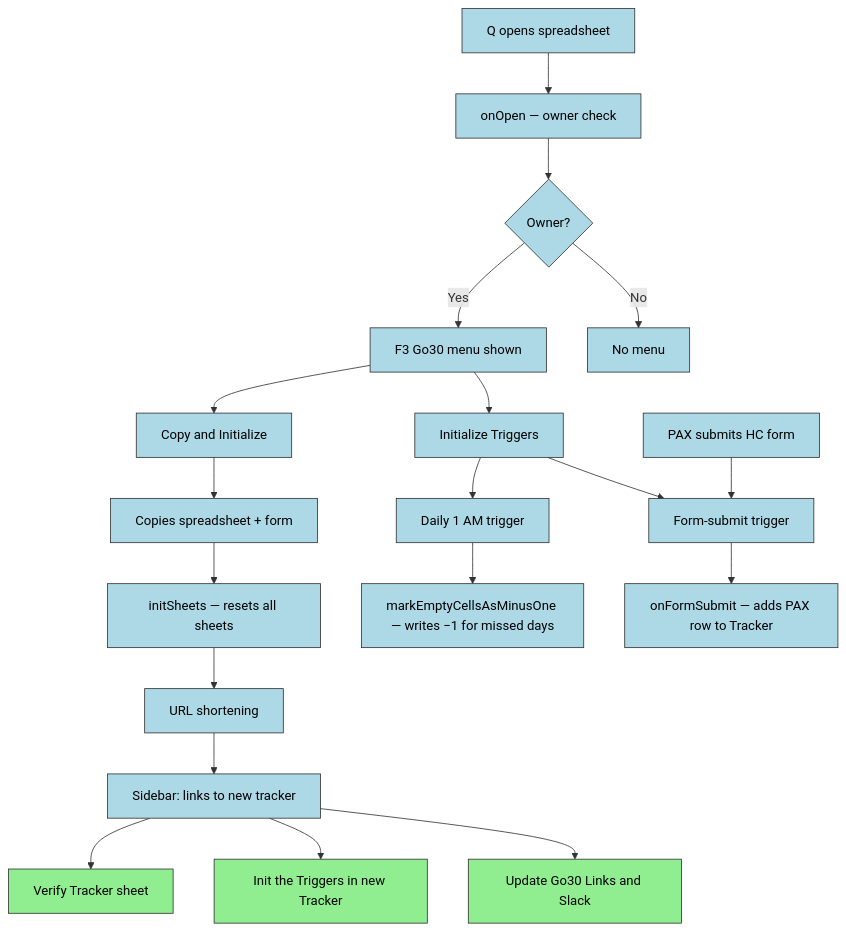
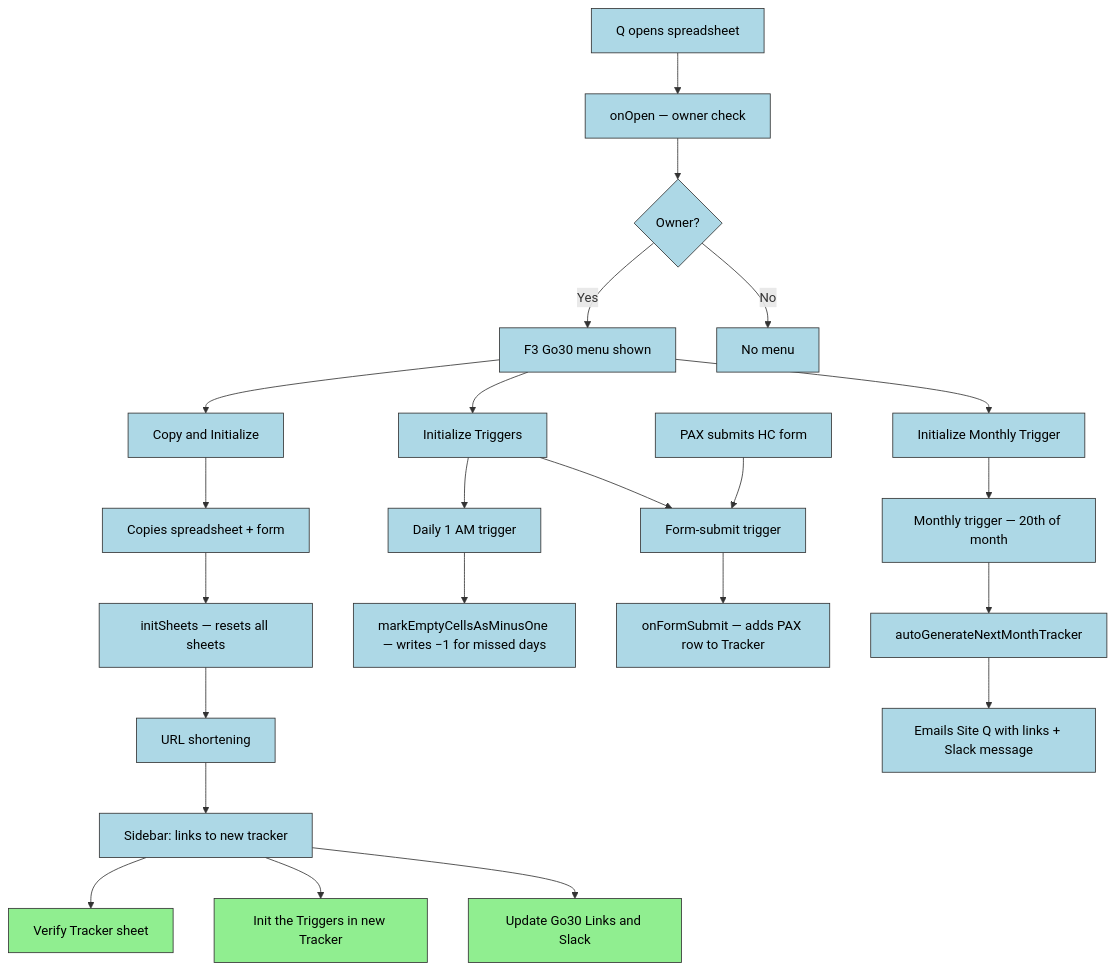
The diagram in README.md (stuartdonaldson/F3Go30), drawn with Mermaid before and after one commit. The commit also changed other lines of this file, not shown here.

First line of the commit message:
docs(F3Go30-1jy): update README for auto-generate capability and related fixes

````diff
--- a/README.md
+++ b/README.md
@@ -183,27 +213,31 @@
 ```mermaid
 %%{init: {'theme': 'neo-dark', 'theme': 'architecture-beta'}}%%
 graph TD
     A[Q opens spreadsheet] --> B[onOpen — owner check]
     B --> C{Owner?}
     C -- Yes --> D[F3 Go30 menu shown]
     C -- No --> E[No menu]
     D --> F[Copy and Initialize]
     F --> G[Copies spreadsheet + form]
     G --> H[initSheets — resets all sheets]
     H --> I[URL shortening]
     I --> J[Sidebar: links to new tracker]
     %% Q background tasks (manual, in-background)
     J --> BG1[Verify Tracker sheet]
     J --> BG2[Init the Triggers in new Tracker]
     J --> BG3[Update Go30 Links and Slack]
     D --> K[Initialize Triggers]
     K --> L[Daily 1 AM trigger]
     K --> M[Form-submit trigger]
     N[PAX submits HC form] --> M
     M --> O[onFormSubmit — adds PAX row to Tracker]
     L --> P[markEmptyCellsAsMinusOne — writes −1 for missed days]
+    D --> MT[Initialize Monthly Trigger]
+    MT --> MTrig[Monthly trigger — 20th of month]
+    MTrig --> AGS[autoGenerateNextMonthTracker]
+    AGS --> EmailQ[Emails Site Q with links + Slack message]
 classDef lightblue fill:#ADD8E6,stroke:#333,stroke-width:1px,color:#000
-class A,B,C,D,E,F,G,H,I,J,K,L,M,N,O,P lightblue
+class A,B,C,D,E,F,G,H,I,J,K,L,M,N,O,P,MT,MTrig,AGS,EmailQ lightblue
 classDef lightgreen fill:#90EE90,stroke:#333,stroke-width:1px,color:#000
 class BG1,BG2,BG3 lightgreen
 ```
````
